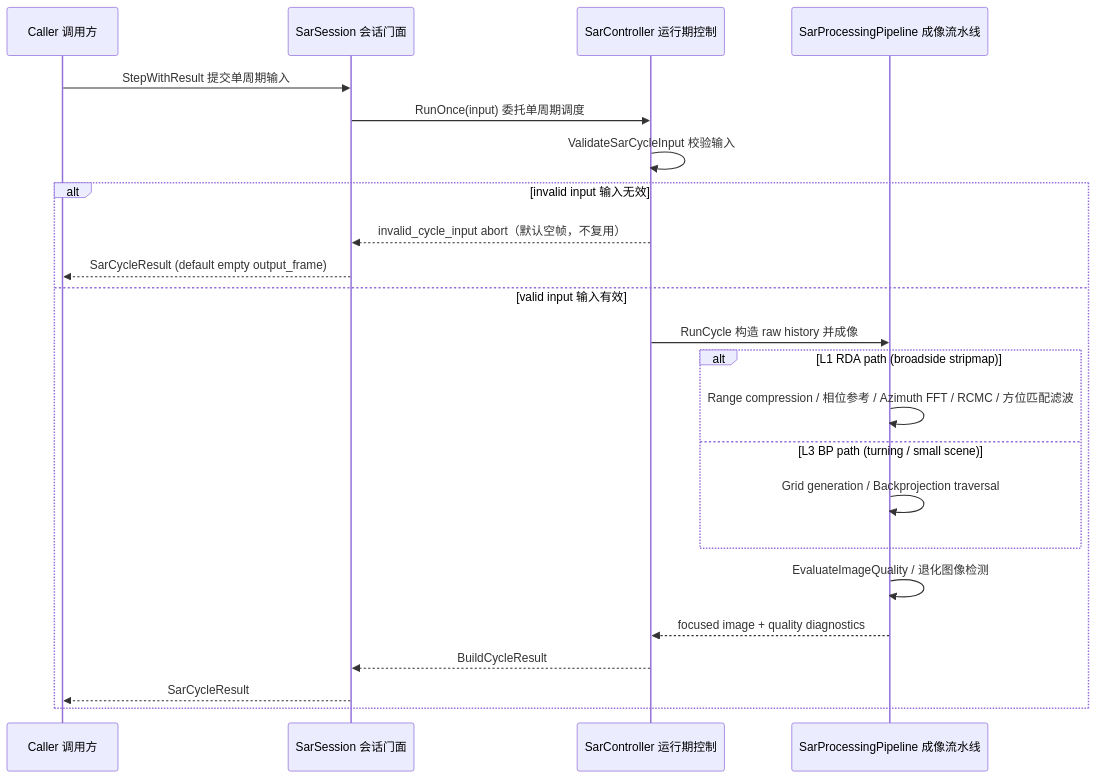
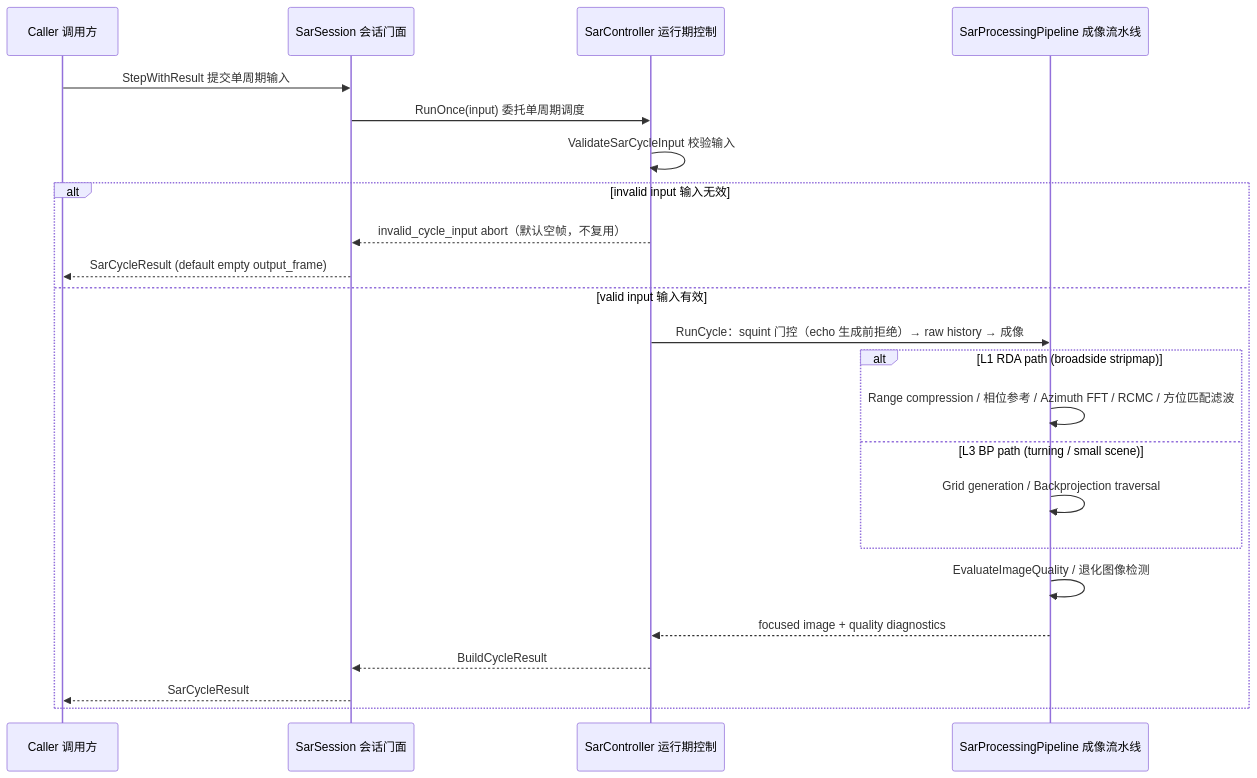
The second of 4 diagrams in docs/sar/data-flow.md (boilwater-3/1q), drawn with Mermaid before and after one commit. The commit also changed 6 other files, not shown here.

First line of the commit message:
perf(sar): gate squint before raw echo generation

````diff
--- a/docs/sar/data-flow.md
+++ b/docs/sar/data-flow.md
@@ -99,26 +99,26 @@
 ```mermaid
 sequenceDiagram
   participant Caller as Caller 调用方
   participant Session as SarSession 会话门面
   participant Controller as SarController 运行期控制
   participant Pipeline as SarProcessingPipeline 成像流水线
 
   Caller->>Session: StepWithResult 提交单周期输入
   Session->>Controller: RunOnce(input) 委托单周期调度
   Controller->>Controller: ValidateSarCycleInput 校验输入
   alt invalid input 输入无效
     Controller-->>Session: invalid_cycle_input abort（默认空帧，不复用）
     Session-->>Caller: SarCycleResult (default empty output_frame)
   else valid input 输入有效
-    Controller->>Pipeline: RunCycle 构造 raw history 并成像
+    Controller->>Pipeline: RunCycle：squint 门控（echo 生成前拒绝）→ raw history → 成像
     alt L1 RDA path (broadside stripmap)
       Pipeline->>Pipeline: Range compression / 相位参考 / Azimuth FFT / RCMC / 方位匹配滤波
     else L3 BP path (turning / small scene)
       Pipeline->>Pipeline: Grid generation / Backprojection traversal
     end
     Pipeline->>Pipeline: EvaluateImageQuality / 退化图像检测
     Pipeline-->>Controller: focused image + quality diagnostics
     Controller-->>Session: BuildCycleResult
     Session-->>Caller: SarCycleResult
   end
 ```
````
